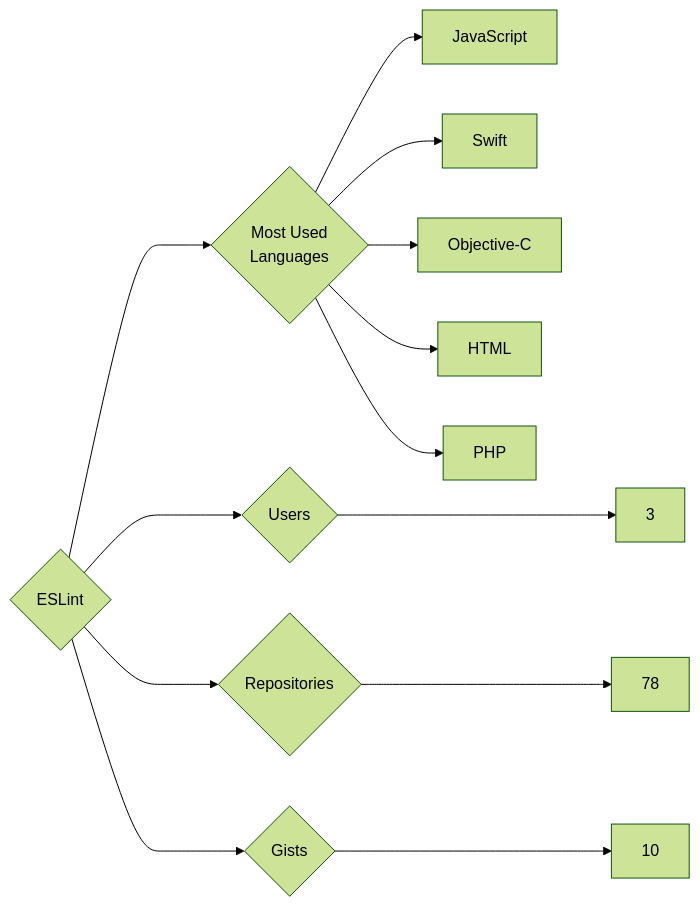
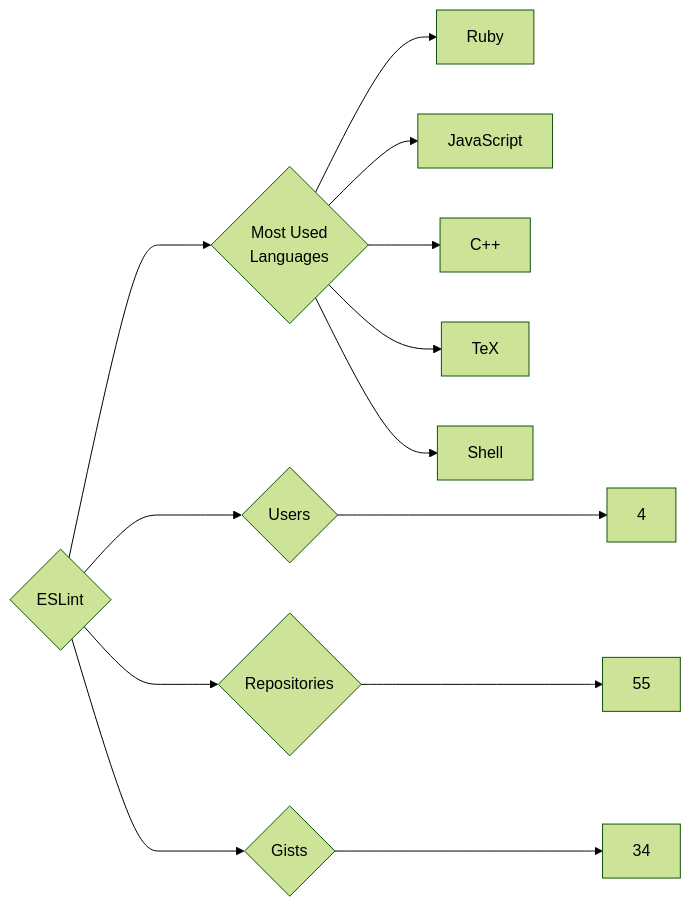
One commit to trickest/insiders changed the diagram in targets/ESLint/README.md. Above: the diagram before and after it, drawn with Mermaid (forest theme). The commit also changed 1003 other files, not shown here.

````diff
--- a/targets/ESLint/README.md
+++ b/targets/ESLint/README.md
@@ -3,13 +3,13 @@
 ```mermaid
 graph LR
 COMPANY_NAME{ESLint}
-COMPANY_NAME ---> U{Users} ---> UN[3]
-COMPANY_NAME ---> R{Repositories} ---> RN[78]
-COMPANY_NAME ---> G{Gists} ---> GN[10]
+COMPANY_NAME ---> U{Users} ---> UN[4]
+COMPANY_NAME ---> R{Repositories} ---> RN[55]
+COMPANY_NAME ---> G{Gists} ---> GN[34]
 COMPANY_NAME ---> ML{Most Used<br>Languages}
+ML --> Ruby[Ruby]
 ML --> JavaScript[JavaScript]
-ML --> Swift[Swift]
-ML --> Objective-C[Objective-C]
-ML --> HTML[HTML]
-ML --> PHP[PHP]
+ML --> C++[C++]
+ML --> TeX[TeX]
+ML --> Shell[Shell]
 ```
````
